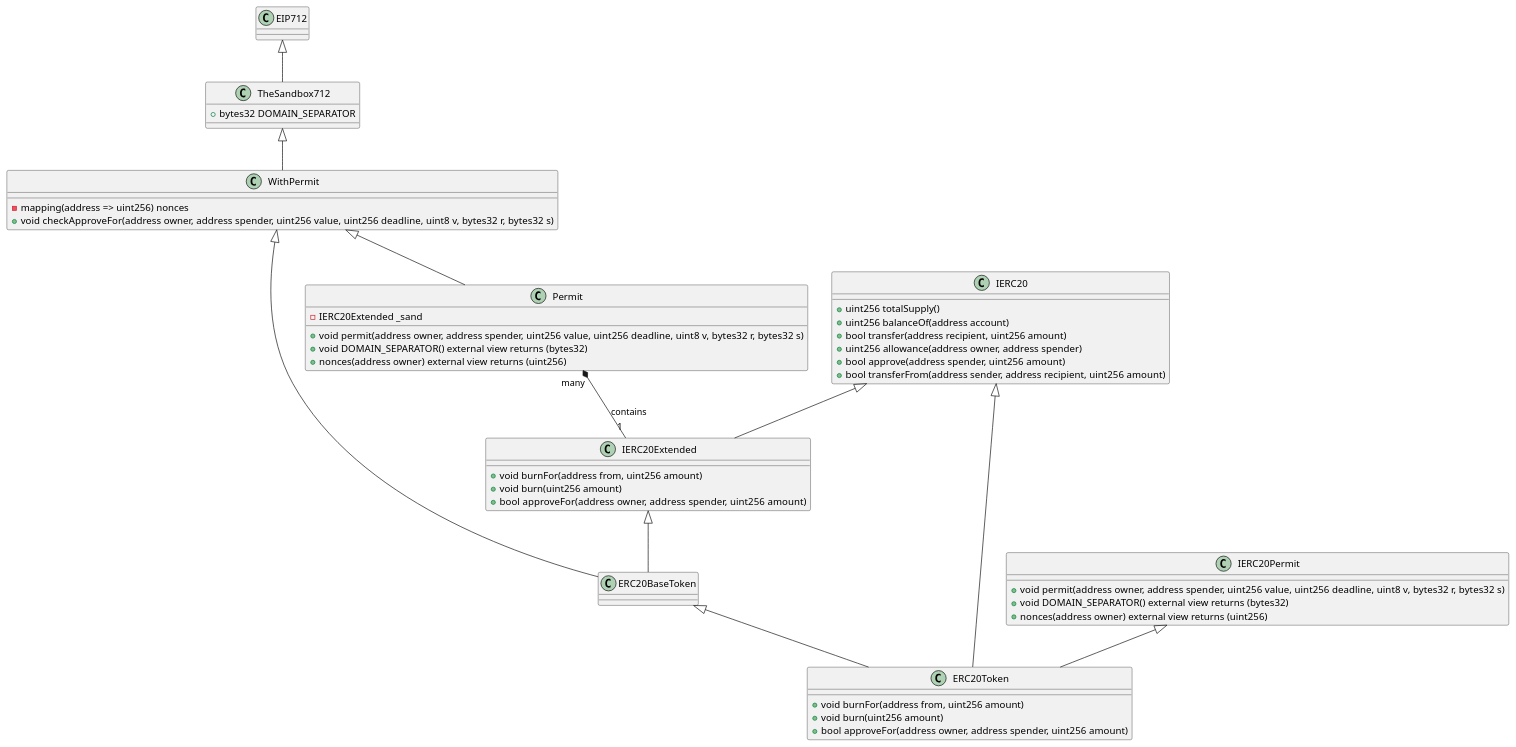
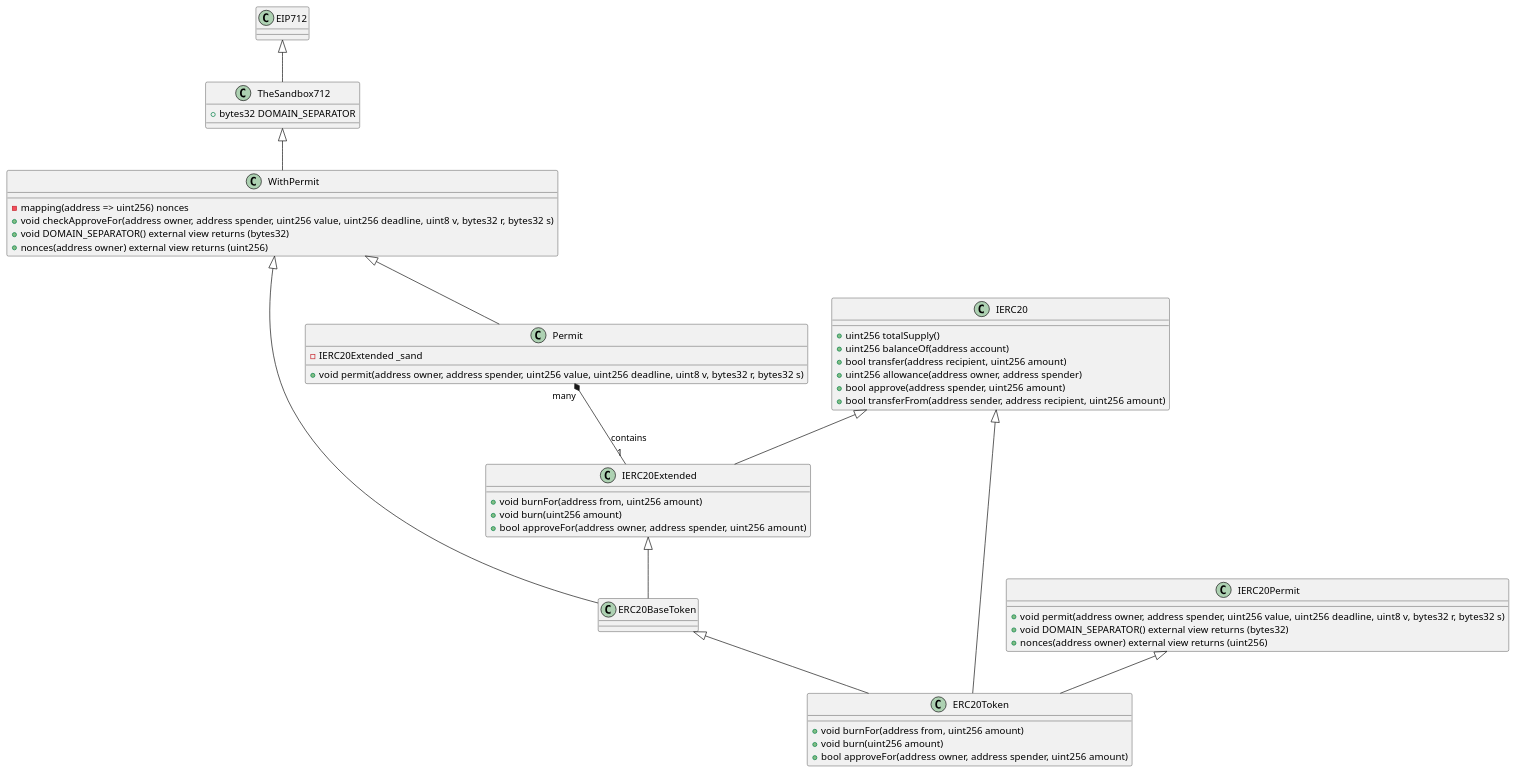
The first of 2 diagrams in docs/topics/permit/Permit.md (thesandboxgame/sandbox-smart-contracts), drawn with PlantUML before and after one commit. The commit also changed other lines of this file and 3 other files, not shown here.

````diff
--- a/docs/topics/permit/Permit.md
+++ b/docs/topics/permit/Permit.md
@@ -91,60 +91,60 @@
 ```plantuml
 @startuml
 EIP712 <|-- TheSandbox712
 TheSandbox712 <|-- WithPermit
 WithPermit <|-- Permit
 WithPermit <|-- ERC20BaseToken
 IERC20Extended <|-- ERC20BaseToken
 IERC20 <|-- IERC20Extended
 ERC20BaseToken <|-- ERC20Token
 IERC20 <|-- ERC20Token
 IERC20Permit <|-- ERC20Token
 Permit "many" *-- "1" IERC20Extended : contains
 
 class EIP712 {
 }
 
 class TheSandbox712 {
   + bytes32 DOMAIN_SEPARATOR
 }
 
 class WithPermit {
   - mapping(address => uint256) nonces
   + void checkApproveFor(address owner, address spender, uint256 value, uint256 deadline, uint8 v, bytes32 r, bytes32 s)
+  + void DOMAIN_SEPARATOR() external view returns (bytes32)
+  + nonces(address owner) external view returns (uint256)
 }
 
 class Permit {
   - IERC20Extended _sand
   + void permit(address owner, address spender, uint256 value, uint256 deadline, uint8 v, bytes32 r, bytes32 s)
-  + void DOMAIN_SEPARATOR() external view returns (bytes32)
-  + nonces(address owner) external view returns (uint256)
 }
 
 class IERC20 {
   + uint256 totalSupply() 
   + uint256 balanceOf(address account)
   + bool transfer(address recipient, uint256 amount)
   + uint256 allowance(address owner, address spender)
   + bool approve(address spender, uint256 amount)
   + bool transferFrom(address sender, address recipient, uint256 amount)
 }
 
 class IERC20Extended {
   + void burnFor(address from, uint256 amount)
   + void burn(uint256 amount)
   + bool approveFor(address owner, address spender, uint256 amount)
 }
 
 class IERC20Permit {
   + void permit(address owner, address spender, uint256 value, uint256 deadline, uint8 v, bytes32 r, bytes32 s)
   + void DOMAIN_SEPARATOR() external view returns (bytes32)
   + nonces(address owner) external view returns (uint256)
 }
 
 class ERC20Token {
   + void burnFor(address from, uint256 amount)
   + void burn(uint256 amount)
   + bool approveFor(address owner, address spender, uint256 amount)
 }
 @enduml
 ```
````
